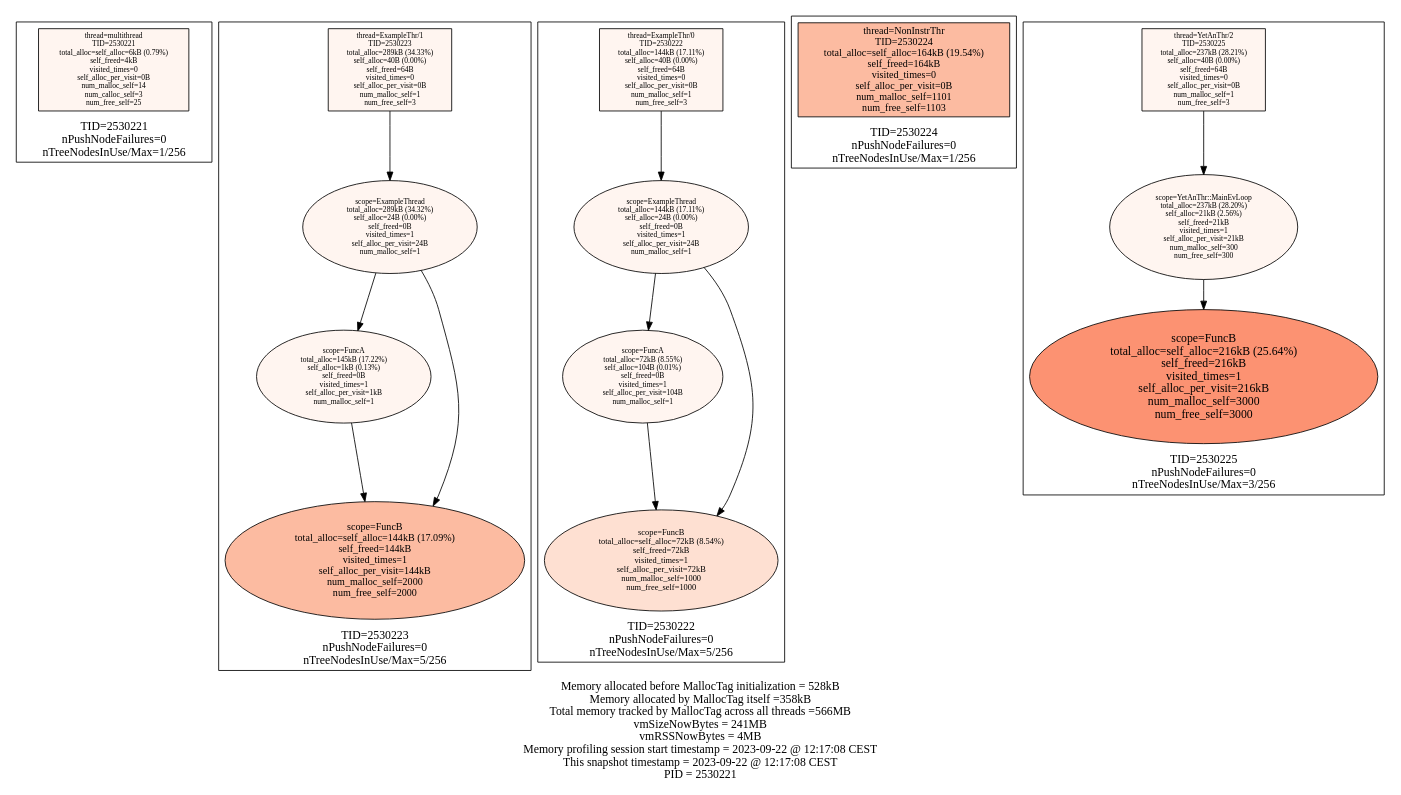
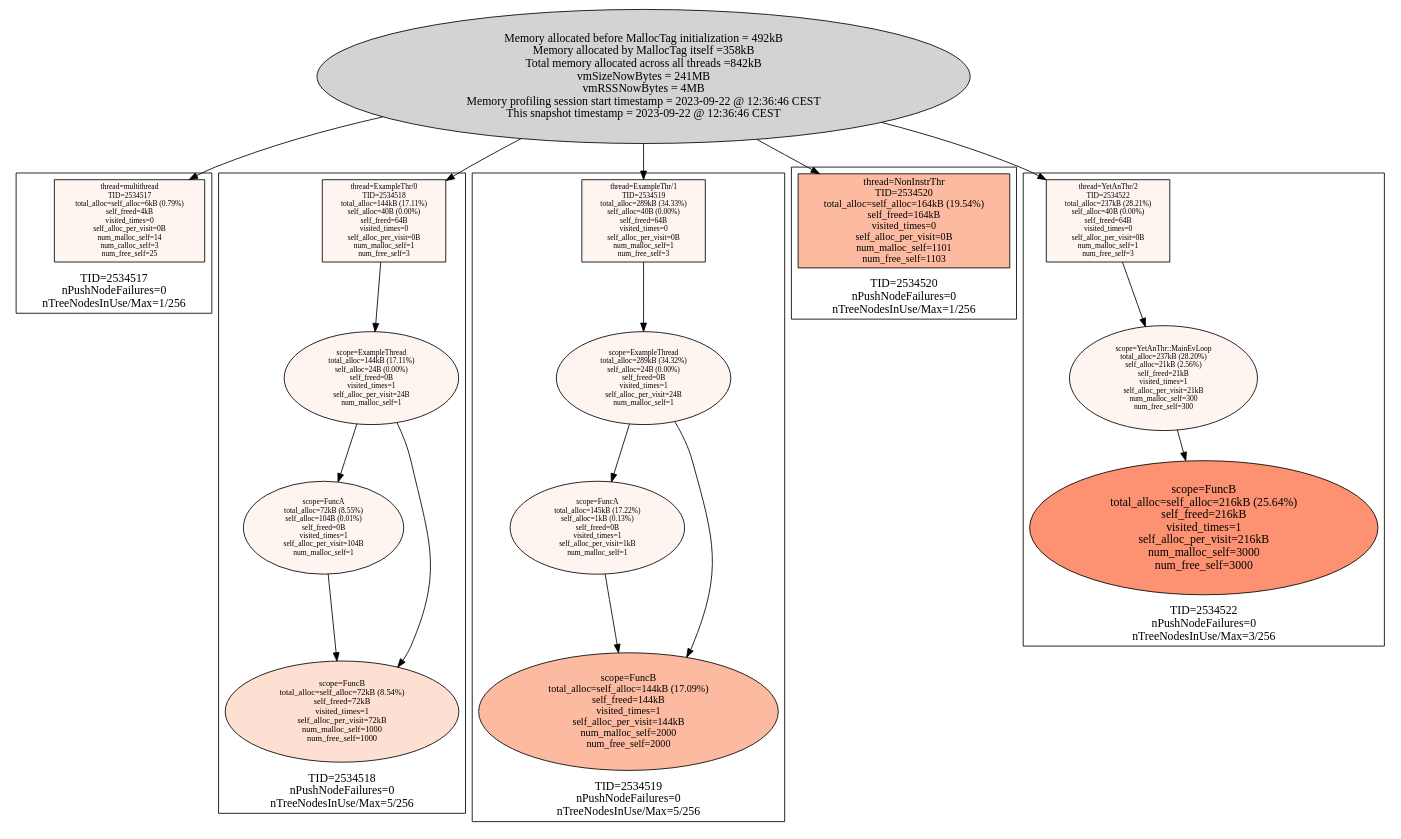
The diagram in examples/multithread/multithread_stats.dot (f18m/malloc-tag), drawn with Graphviz before and after one commit. The commit also changed 10 other files, not shown here.

Commit message:
create a single big node in graphviz output for whole process-stats

```diff
--- a/examples/multithread/multithread_stats.dot
+++ b/examples/multithread/multithread_stats.dot
@@ -1,60 +1,80 @@
-digraph MallocTree {
+digraph AllMallocTrees {
  node [colorscheme=reds9 style=filled]
- subgraph cluster_TID2530221 {
+  "Process 2534517" [label="Memory allocated before MallocTag initialization = 492kB\nMemory allocated by MallocTag itself =358kB\nTotal memory allocated across all threads =842kB\nvmSizeNowBytes = 241MB\nvmRSSNowBytes = 4MB\nMemory profiling session start timestamp = 2023-09-22 @ 12:36:46 CEST\nThis snapshot timestamp = 2023-09-22 @ 12:36:46 CEST\n"
+]
+ subgraph cluster_TID2534517 {
   node [colorscheme=reds9 style=filled]
   labelloc="b"
-  label="TID=2530221\nnPushNodeFailures=0\nnTreeNodesInUse/Max=1/256\n"
-  "2530221_multithread" [label="thread=multithread\nTID=2530221\ntotal_alloc=self_alloc=6kB (0.79%)\nself_freed=4kB\nvisited_times=0\nself_alloc_per_visit=0B\nnum_malloc_self=14\nnum_calloc_self=3\nnum_free_self=25" shape=box fillcolor=1 fontsize=9]
+  label="TID=2534517\nnPushNodeFailures=0\nnTreeNodesInUse/Max=1/256\n"
+  "2534517_multithread" [label="thread=multithread\nTID=2534517\ntotal_alloc=self_alloc=6kB (0.79%)\nself_freed=4kB\nvisited_times=0\nself_alloc_per_visit=0B\nnum_malloc_self=14\nnum_calloc_self=3\nnum_free_self=25\n"
+ shape=box fillcolor=1 fontsize=9]
  }
 
- subgraph cluster_TID2530223 {
+  "Process 2534517" -> "2534517_multithread"
+ subgraph cluster_TID2534518 {
   node [colorscheme=reds9 style=filled]
   labelloc="b"
-  label="TID=2530223\nnPushNodeFailures=0\nnTreeNodesInUse/Max=5/256\n"
-  "2530223_ExampleThr/1" [label="thread=ExampleThr/1\nTID=2530223\ntotal_alloc=289kB (34.33%)\nself_alloc=40B (0.00%)\nself_freed=64B\nvisited_times=0\nself_alloc_per_visit=0B\nnum_malloc_self=1\nnum_free_self=3" shape=box fillcolor=1 fontsize=9]
-  "2530223_ExampleThr/1" -> "2530223_ExampleThread"
-  "2530223_ExampleThread" [label="scope=ExampleThread\ntotal_alloc=289kB (34.32%)\nself_alloc=24B (0.00%)\nself_freed=0B\nvisited_times=1\nself_alloc_per_visit=24B\nnum_malloc_self=1" fillcolor=1 fontsize=9]
-  "2530223_ExampleThread" -> "2530223_FuncA"
-  "2530223_ExampleThread" -> "2530223_FuncB"
-  "2530223_FuncA" [label="scope=FuncA\ntotal_alloc=145kB (17.22%)\nself_alloc=1kB (0.13%)\nself_freed=0B\nvisited_times=1\nself_alloc_per_visit=1kB\nnum_malloc_self=1" fillcolor=1 fontsize=9]
-  "2530223_FuncA" -> "2530223_FuncB"
-  "2530223_FuncB" [label="scope=FuncB\ntotal_alloc=self_alloc=144kB (17.09%)\nself_freed=144kB\nvisited_times=1\nself_alloc_per_visit=144kB\nnum_malloc_self=2000\nnum_free_self=2000" fillcolor=3 fontsize=12]
-  "2530223_FuncB" [label="scope=FuncB\ntotal_alloc=self_alloc=144kB (17.09%)\nself_freed=144kB\nvisited_times=1\nself_alloc_per_visit=144kB\nnum_malloc_self=2000\nnum_free_self=2000" fillcolor=3 fontsize=12]
+  label="TID=2534518\nnPushNodeFailures=0\nnTreeNodesInUse/Max=5/256\n"
+  "2534518_ExampleThr/0" [label="thread=ExampleThr/0\nTID=2534518\ntotal_alloc=144kB (17.11%)\nself_alloc=40B (0.00%)\nself_freed=64B\nvisited_times=0\nself_alloc_per_visit=0B\nnum_malloc_self=1\nnum_free_self=3\n"
+ shape=box fillcolor=1 fontsize=9]
+  "2534518_ExampleThr/0" -> "2534518_ExampleThread"
+  "2534518_ExampleThread" [label="scope=ExampleThread\ntotal_alloc=144kB (17.11%)\nself_alloc=24B (0.00%)\nself_freed=0B\nvisited_times=1\nself_alloc_per_visit=24B\nnum_malloc_self=1\n"
+ fillcolor=1 fontsize=9]
+  "2534518_ExampleThread" -> "2534518_FuncA"
+  "2534518_ExampleThread" -> "2534518_FuncB"
+  "2534518_FuncA" [label="scope=FuncA\ntotal_alloc=72kB (8.55%)\nself_alloc=104B (0.01%)\nself_freed=0B\nvisited_times=1\nself_alloc_per_visit=104B\nnum_malloc_self=1\n"
+ fillcolor=1 fontsize=9]
+  "2534518_FuncA" -> "2534518_FuncB"
+  "2534518_FuncB" [label="scope=FuncB\ntotal_alloc=self_alloc=72kB (8.54%)\nself_freed=72kB\nvisited_times=1\nself_alloc_per_visit=72kB\nnum_malloc_self=1000\nnum_free_self=1000\n"
+ fillcolor=2 fontsize=10]
+  "2534518_FuncB" [label="scope=FuncB\ntotal_alloc=self_alloc=72kB (8.54%)\nself_freed=72kB\nvisited_times=1\nself_alloc_per_visit=72kB\nnum_malloc_self=1000\nnum_free_self=1000\n"
+ fillcolor=2 fontsize=10]
  }
 
- subgraph cluster_TID2530222 {
+  "Process 2534517" -> "2534518_ExampleThr/0"
+ subgraph cluster_TID2534519 {
   node [colorscheme=reds9 style=filled]
   labelloc="b"
-  label="TID=2530222\nnPushNodeFailures=0\nnTreeNodesInUse/Max=5/256\n"
-  "2530222_ExampleThr/0" [label="thread=ExampleThr/0\nTID=2530222\ntotal_alloc=144kB (17.11%)\nself_alloc=40B (0.00%)\nself_freed=64B\nvisited_times=0\nself_alloc_per_visit=0B\nnum_malloc_self=1\nnum_free_self=3" shape=box fillcolor=1 fontsize=9]
-  "2530222_ExampleThr/0" -> "2530222_ExampleThread"
-  "2530222_ExampleThread" [label="scope=ExampleThread\ntotal_alloc=144kB (17.11%)\nself_alloc=24B (0.00%)\nself_freed=0B\nvisited_times=1\nself_alloc_per_visit=24B\nnum_malloc_self=1" fillcolor=1 fontsize=9]
-  "2530222_ExampleThread" -> "2530222_FuncA"
-  "2530222_ExampleThread" -> "2530222_FuncB"
-  "2530222_FuncA" [label="scope=FuncA\ntotal_alloc=72kB (8.55%)\nself_alloc=104B (0.01%)\nself_freed=0B\nvisited_times=1\nself_alloc_per_visit=104B\nnum_malloc_self=1" fillcolor=1 fontsize=9]
-  "2530222_FuncA" -> "2530222_FuncB"
-  "2530222_FuncB" [label="scope=FuncB\ntotal_alloc=self_alloc=72kB (8.54%)\nself_freed=72kB\nvisited_times=1\nself_alloc_per_visit=72kB\nnum_malloc_self=1000\nnum_free_self=1000" fillcolor=2 fontsize=10]
-  "2530222_FuncB" [label="scope=FuncB\ntotal_alloc=self_alloc=72kB (8.54%)\nself_freed=72kB\nvisited_times=1\nself_alloc_per_visit=72kB\nnum_malloc_self=1000\nnum_free_self=1000" fillcolor=2 fontsize=10]
+  label="TID=2534519\nnPushNodeFailures=0\nnTreeNodesInUse/Max=5/256\n"
+  "2534519_ExampleThr/1" [label="thread=ExampleThr/1\nTID=2534519\ntotal_alloc=289kB (34.33%)\nself_alloc=40B (0.00%)\nself_freed=64B\nvisited_times=0\nself_alloc_per_visit=0B\nnum_malloc_self=1\nnum_free_self=3\n"
+ shape=box fillcolor=1 fontsize=9]
+  "2534519_ExampleThr/1" -> "2534519_ExampleThread"
+  "2534519_ExampleThread" [label="scope=ExampleThread\ntotal_alloc=289kB (34.32%)\nself_alloc=24B (0.00%)\nself_freed=0B\nvisited_times=1\nself_alloc_per_visit=24B\nnum_malloc_self=1\n"
+ fillcolor=1 fontsize=9]
+  "2534519_ExampleThread" -> "2534519_FuncA"
+  "2534519_ExampleThread" -> "2534519_FuncB"
+  "2534519_FuncA" [label="scope=FuncA\ntotal_alloc=145kB (17.22%)\nself_alloc=1kB (0.13%)\nself_freed=0B\nvisited_times=1\nself_alloc_per_visit=1kB\nnum_malloc_self=1\n"
+ fillcolor=1 fontsize=9]
+  "2534519_FuncA" -> "2534519_FuncB"
+  "2534519_FuncB" [label="scope=FuncB\ntotal_alloc=self_alloc=144kB (17.09%)\nself_freed=144kB\nvisited_times=1\nself_alloc_per_visit=144kB\nnum_malloc_self=2000\nnum_free_self=2000\n"
+ fillcolor=3 fontsize=12]
+  "2534519_FuncB" [label="scope=FuncB\ntotal_alloc=self_alloc=144kB (17.09%)\nself_freed=144kB\nvisited_times=1\nself_alloc_per_visit=144kB\nnum_malloc_self=2000\nnum_free_self=2000\n"
+ fillcolor=3 fontsize=12]
  }
 
- subgraph cluster_TID2530224 {
+  "Process 2534517" -> "2534519_ExampleThr/1"
+ subgraph cluster_TID2534520 {
   node [colorscheme=reds9 style=filled]
   labelloc="b"
-  label="TID=2530224\nnPushNodeFailures=0\nnTreeNodesInUse/Max=1/256\n"
-  "2530224_NonInstrThr" [label="thread=NonInstrThr\nTID=2530224\ntotal_alloc=self_alloc=164kB (19.54%)\nself_freed=164kB\nvisited_times=0\nself_alloc_per_visit=0B\nnum_malloc_self=1101\nnum_free_self=1103" shape=box fillcolor=3 fontsize=12]
+  label="TID=2534520\nnPushNodeFailures=0\nnTreeNodesInUse/Max=1/256\n"
+  "2534520_NonInstrThr" [label="thread=NonInstrThr\nTID=2534520\ntotal_alloc=self_alloc=164kB (19.54%)\nself_freed=164kB\nvisited_times=0\nself_alloc_per_visit=0B\nnum_malloc_self=1101\nnum_free_self=1103\n"
+ shape=box fillcolor=3 fontsize=12]
  }
 
- subgraph cluster_TID2530225 {
+  "Process 2534517" -> "2534520_NonInstrThr"
+ subgraph cluster_TID2534522 {
   node [colorscheme=reds9 style=filled]
   labelloc="b"
-  label="TID=2530225\nnPushNodeFailures=0\nnTreeNodesInUse/Max=3/256\n"
-  "2530225_YetAnThr/2" [label="thread=YetAnThr/2\nTID=2530225\ntotal_alloc=237kB (28.21%)\nself_alloc=40B (0.00%)\nself_freed=64B\nvisited_times=0\nself_alloc_per_visit=0B\nnum_malloc_self=1\nnum_free_self=3" shape=box fillcolor=1 fontsize=9]
-  "2530225_YetAnThr/2" -> "2530225_YetAnThr::MainEvLoop"
-  "2530225_YetAnThr::MainEvLoop" [label="scope=YetAnThr::MainEvLoop\ntotal_alloc=237kB (28.20%)\nself_alloc=21kB (2.56%)\nself_freed=21kB\nvisited_times=1\nself_alloc_per_visit=21kB\nnum_malloc_self=300\nnum_free_self=300" fillcolor=1 fontsize=9]
-  "2530225_YetAnThr::MainEvLoop" -> "2530225_FuncB"
-  "2530225_FuncB" [label="scope=FuncB\ntotal_alloc=self_alloc=216kB (25.64%)\nself_freed=216kB\nvisited_times=1\nself_alloc_per_visit=216kB\nnum_malloc_self=3000\nnum_free_self=3000" fillcolor=4 fontsize=14]
+  label="TID=2534522\nnPushNodeFailures=0\nnTreeNodesInUse/Max=3/256\n"
+  "2534522_YetAnThr/2" [label="thread=YetAnThr/2\nTID=2534522\ntotal_alloc=237kB (28.21%)\nself_alloc=40B (0.00%)\nself_freed=64B\nvisited_times=0\nself_alloc_per_visit=0B\nnum_malloc_self=1\nnum_free_self=3\n"
+ shape=box fillcolor=1 fontsize=9]
+  "2534522_YetAnThr/2" -> "2534522_YetAnThr::MainEvLoop"
+  "2534522_YetAnThr::MainEvLoop" [label="scope=YetAnThr::MainEvLoop\ntotal_alloc=237kB (28.20%)\nself_alloc=21kB (2.56%)\nself_freed=21kB\nvisited_times=1\nself_alloc_per_visit=21kB\nnum_malloc_self=300\nnum_free_self=300\n"
+ fillcolor=1 fontsize=9]
+  "2534522_YetAnThr::MainEvLoop" -> "2534522_FuncB"
+  "2534522_FuncB" [label="scope=FuncB\ntotal_alloc=self_alloc=216kB (25.64%)\nself_freed=216kB\nvisited_times=1\nself_alloc_per_visit=216kB\nnum_malloc_self=3000\nnum_free_self=3000\n"
+ fillcolor=4 fontsize=14]
  }
 
- labelloc="b"
- label="Memory allocated before MallocTag initialization = 528kB\nMemory allocated by MallocTag itself =358kB\nTotal memory tracked by MallocTag across all threads =566MB\nvmSizeNowBytes = 241MB\nvmRSSNowBytes = 4MB\nMemory profiling session start timestamp = 2023-09-22 @ 12:17:08 CEST\nThis snapshot timestamp = 2023-09-22 @ 12:17:08 CEST\nPID = 2530221\n"
+  "Process 2534517" -> "2534522_YetAnThr/2"
 }
```
